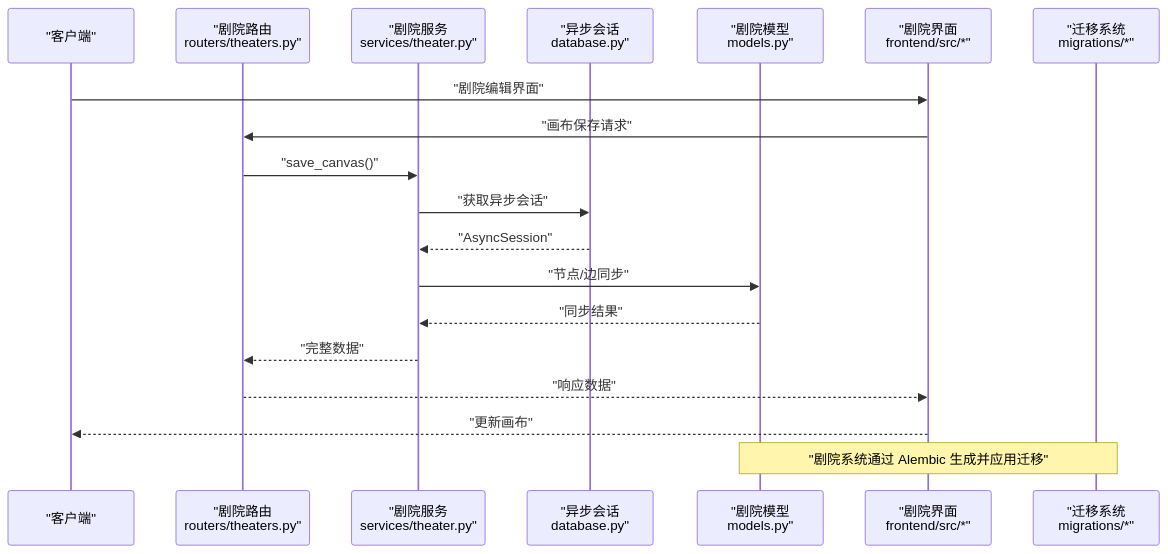
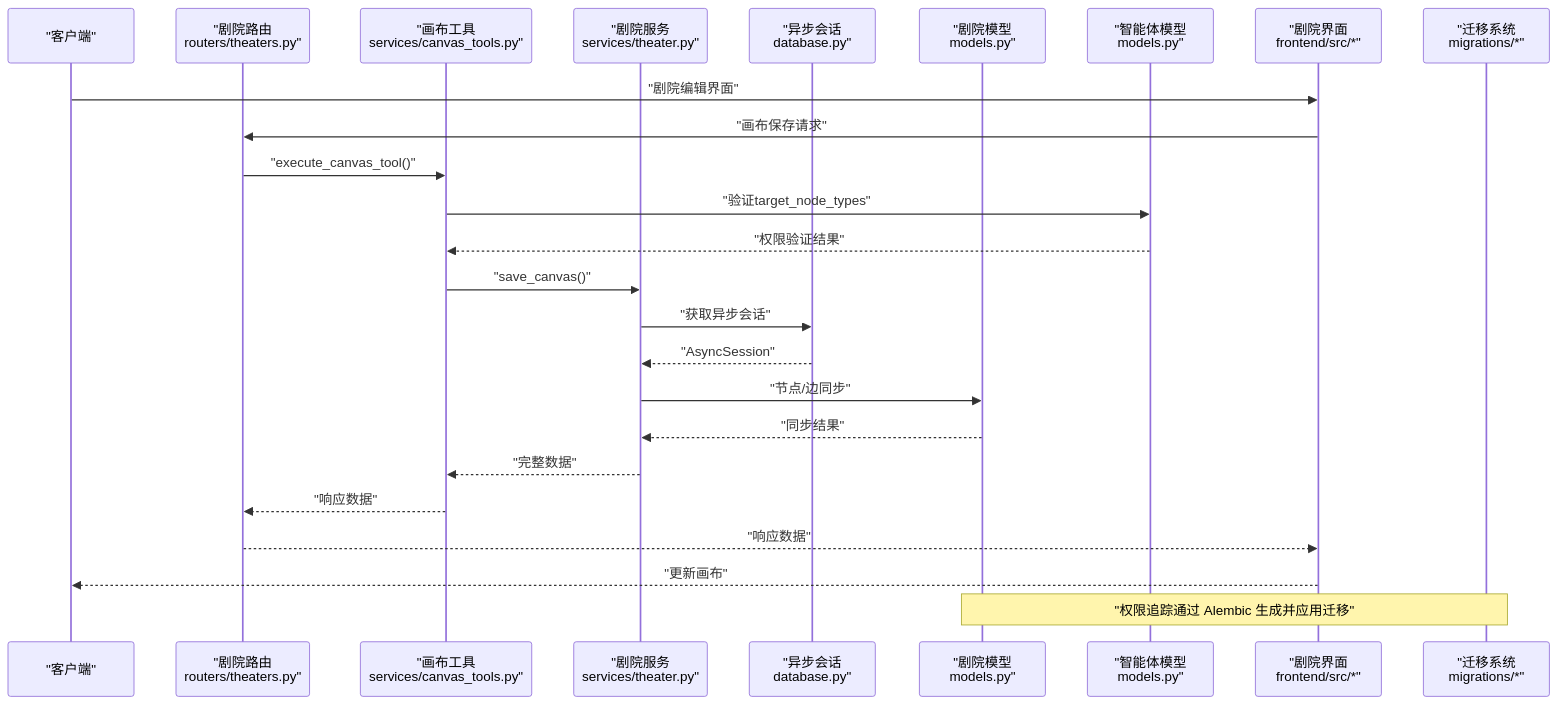
The second of 5 diagrams in .qoder/repowiki/zh/content/后端开发指南/数据库模型设计.md (KunLabAI/KunFlix), drawn with Mermaid before and after one commit. The commit also changed other lines of this file and 15 other files, not shown here.

````diff
--- a/.qoder/repowiki/zh/content/后端开发指南/数据库模型设计.md
+++ b/.qoder/repowiki/zh/content/后端开发指南/数据库模型设计.md
@@ -154,21 +170,27 @@
 ```mermaid
 sequenceDiagram
 participant Client as "客户端"
 participant TheaterRouter as "剧院路由<br/>routers/theaters.py"
+participant CanvasTools as "画布工具<br/>services/canvas_tools.py"
 participant TheaterService as "剧院服务<br/>services/theater.py"
 participant Session as "异步会话<br/>database.py"
 participant TheaterModel as "剧院模型<br/>models.py"
+participant AgentModel as "智能体模型<br/>models.py"
 participant Frontend as "剧院界面<br/>frontend/src/*"
 participant Alembic as "迁移系统<br/>migrations/*"
 Client->>Frontend : "剧院编辑界面"
 Frontend->>TheaterRouter : "画布保存请求"
-TheaterRouter->>TheaterService : "save_canvas()"
+TheaterRouter->>CanvasTools : "execute_canvas_tool()"
+CanvasTools->>AgentModel : "验证target_node_types"
+AgentModel-->>CanvasTools : "权限验证结果"
+CanvasTools->>TheaterService : "save_canvas()"
 TheaterService->>Session : "获取异步会话"
 Session-->>TheaterService : "AsyncSession"
 TheaterService->>TheaterModel : "节点/边同步"
 TheaterModel-->>TheaterService : "同步结果"
-TheaterService-->>TheaterRouter : "完整数据"
+TheaterService-->>CanvasTools : "完整数据"
+CanvasTools-->>TheaterRouter : "响应数据"
 TheaterRouter-->>Frontend : "响应数据"
 Frontend-->>Client : "更新画布"
-Note over Alembic,TheaterModel : "剧院系统通过 Alembic 生成并应用迁移"
+Note over Alembic,TheaterModel : "权限追踪通过 Alembic 生成并应用迁移"
 ```
````
